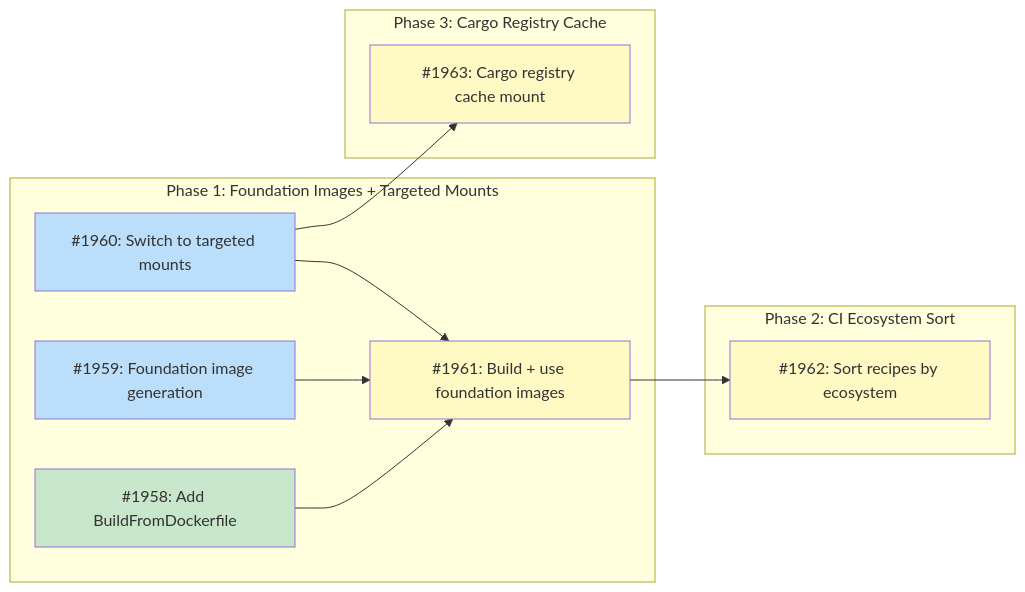
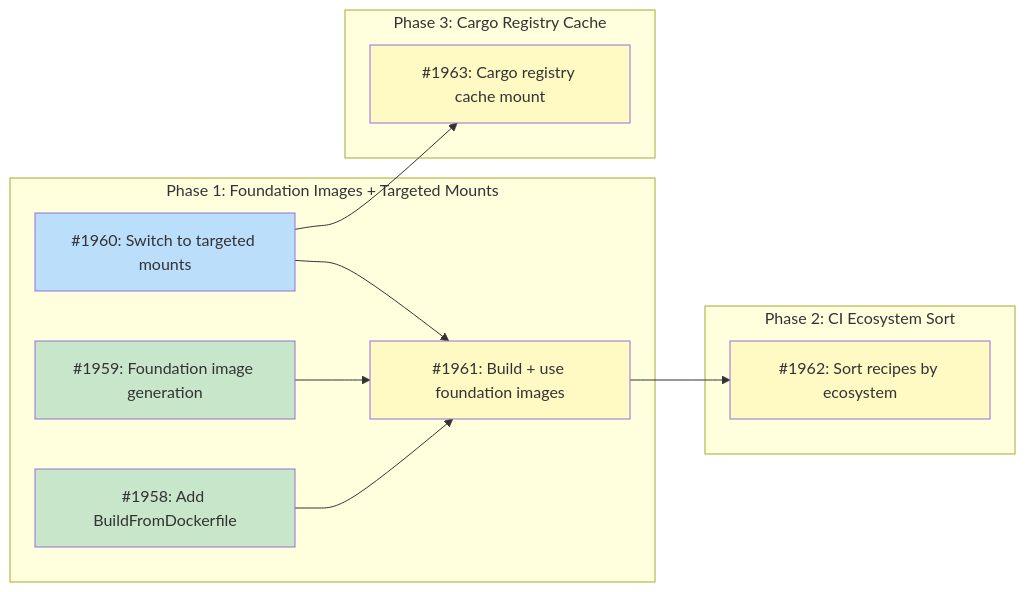
The diagram in docs/designs/DESIGN-sandbox-build-cache.md (tsukumogami/tsuku), drawn with Mermaid before and after one commit. The commit also changed other lines of this file and 2 other files, not shown here.

Commit message:
docs: mark #1959 as done in design doc

````diff
--- a/docs/designs/DESIGN-sandbox-build-cache.md
+++ b/docs/designs/DESIGN-sandbox-build-cache.md
@@ -54,33 +54,33 @@
 ```mermaid
 graph LR
     subgraph Phase1["Phase 1: Foundation Images + Targeted Mounts"]
         I1958["#1958: Add BuildFromDockerfile"]
         I1959["#1959: Foundation image generation"]
         I1960["#1960: Switch to targeted mounts"]
         I1961["#1961: Build + use foundation images"]
     end
 
     subgraph Phase2["Phase 2: CI Ecosystem Sort"]
         I1962["#1962: Sort recipes by ecosystem"]
     end
 
     subgraph Phase3["Phase 3: Cargo Registry Cache"]
         I1963["#1963: Cargo registry cache mount"]
     end
 
     I1958 --> I1961
     I1959 --> I1961
     I1960 --> I1961
     I1961 --> I1962
     I1960 --> I1963
 
     classDef done fill:#c8e6c9
     classDef ready fill:#bbdefb
     classDef blocked fill:#fff9c4
     classDef needsDesign fill:#e1bee7
     classDef tracksDesign fill:#FFE0B2,stroke:#F57C00,color:#000
 
-    class I1958 done
-    class I1959,I1960 ready
+    class I1958,I1959 done
+    class I1960 ready
     class I1961,I1962,I1963 blocked
 ```
````
